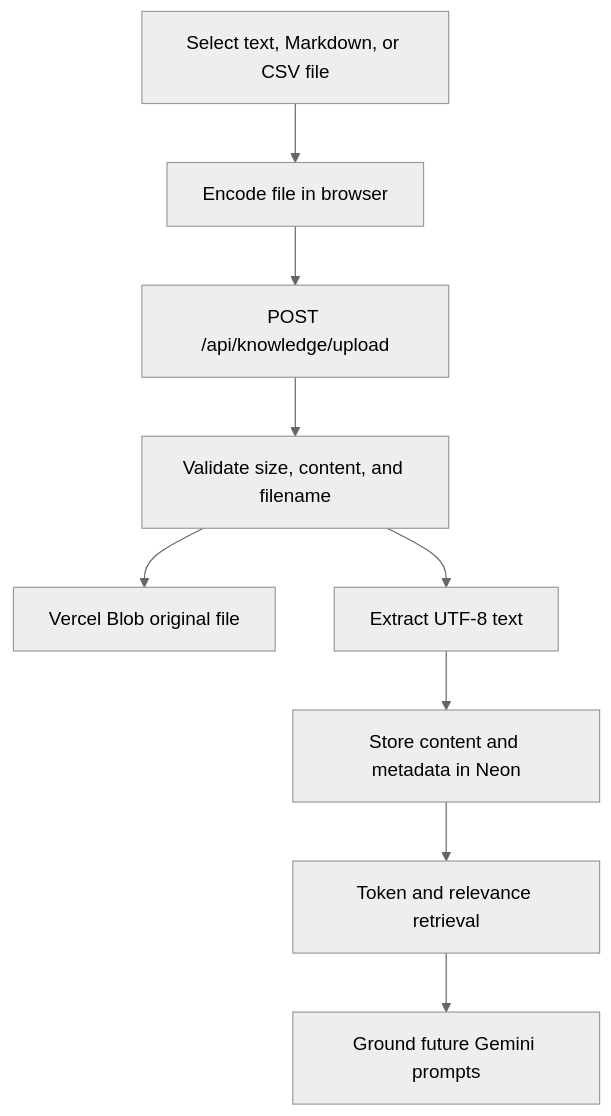
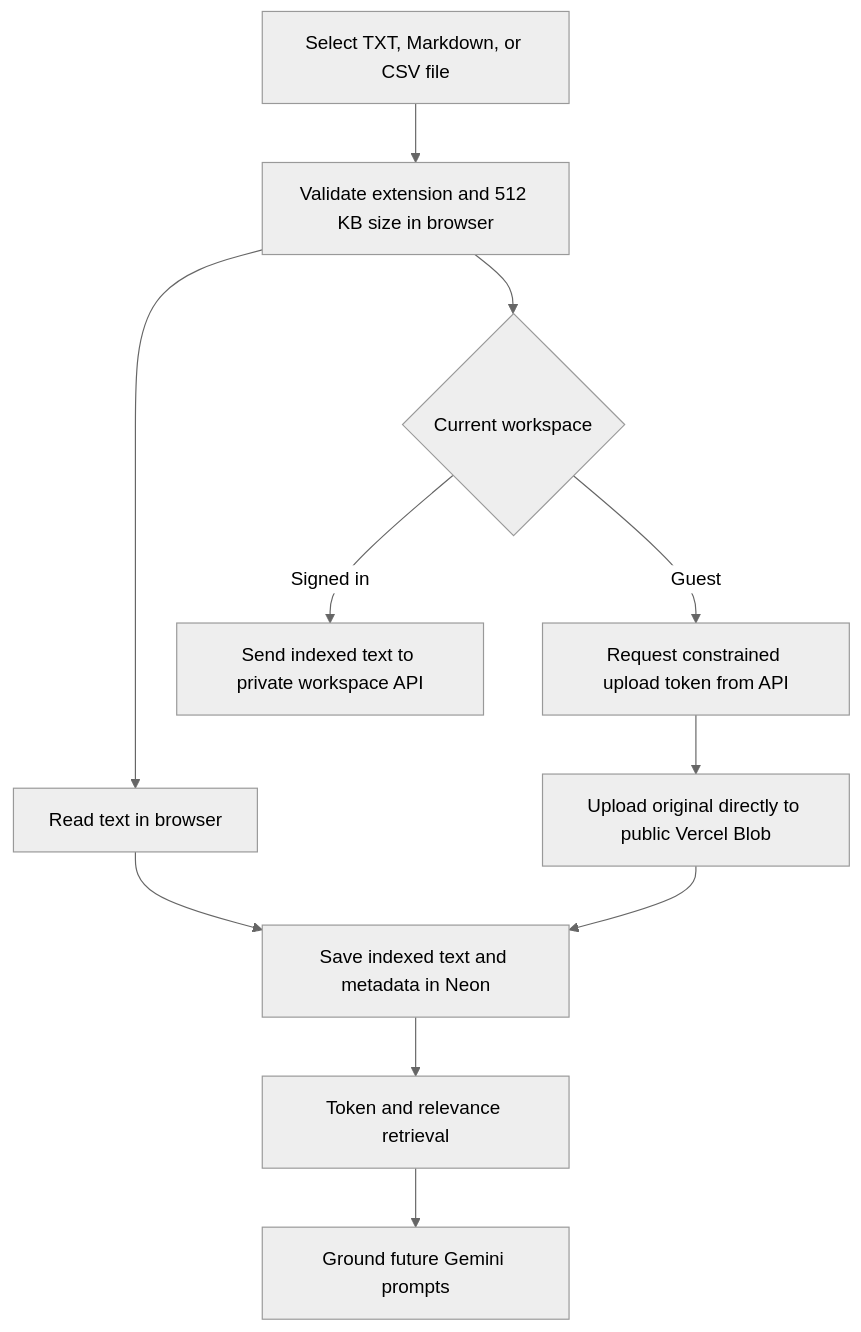
The third of 4 diagrams in README.md (SID-CSE/AI-Voice-To-Action), drawn with Mermaid (neutral theme) before and after one commit. The commit also changed other lines of this file and 23 other files, not shown here.

````diff
--- a/README.md
+++ b/README.md
@@ -201,11 +201,13 @@
 ```mermaid
 flowchart TD
-    Select[Select text, Markdown, or CSV file] --> Encode[Encode file in browser]
-    Encode --> Upload[POST /api/knowledge/upload]
-    Upload --> Validate[Validate size, content, and filename]
-    Validate --> Blob[Vercel Blob original file]
-    Validate --> Extract[Extract UTF-8 text]
-    Extract --> Store[Store content and metadata in Neon]
-    Store --> Retrieve[Token and relevance retrieval]
+    Select[Select TXT, Markdown, or CSV file] --> Limit[Validate extension and 512 KB size in browser]
+    Limit --> Extract[Read text in browser]
+    Limit --> Workspace{Current workspace}
+    Workspace -->|Guest| Token[Request constrained upload token from API]
+    Token --> Blob[Upload original directly to public Vercel Blob]
+    Workspace -->|Signed in| PrivateText[Send indexed text to private workspace API]
+    Extract --> Save[Save indexed text and metadata in Neon]
+    Blob --> Save
+    Save --> Retrieve[Token and relevance retrieval]
     Retrieve --> Prompt[Ground future Gemini prompts]
 ```
````
